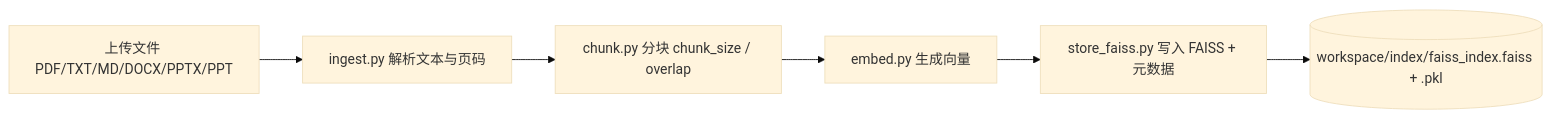
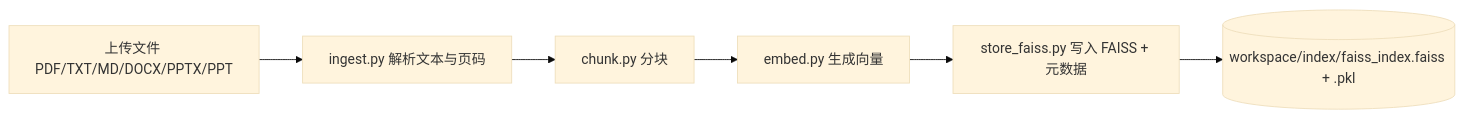
The third of 13 diagrams in docs/guides/architecture.md (Eric-he-cn/course-pilot), drawn with Mermaid (base theme) before and after one commit. The commit also changed other lines of this file, not shown here.

Commit message:
docs: enrich architecture guide visuals and storage details

````diff
--- a/docs/guides/architecture.md
+++ b/docs/guides/architecture.md
@@ -56,8 +279,8 @@
 ```mermaid
 flowchart LR
     U[上传文件 PDF/TXT/MD/DOCX/PPTX/PPT] --> I[ingest.py 解析文本与页码]
-    I --> C[chunk.py 分块 chunk_size / overlap]
+    I --> C[chunk.py 分块]
     C --> E[embed.py 生成向量]
     E --> F[store_faiss.py 写入 FAISS + 元数据]
     F --> IDX[(workspace/index/faiss_index.faiss + .pkl)]
 ```
````
